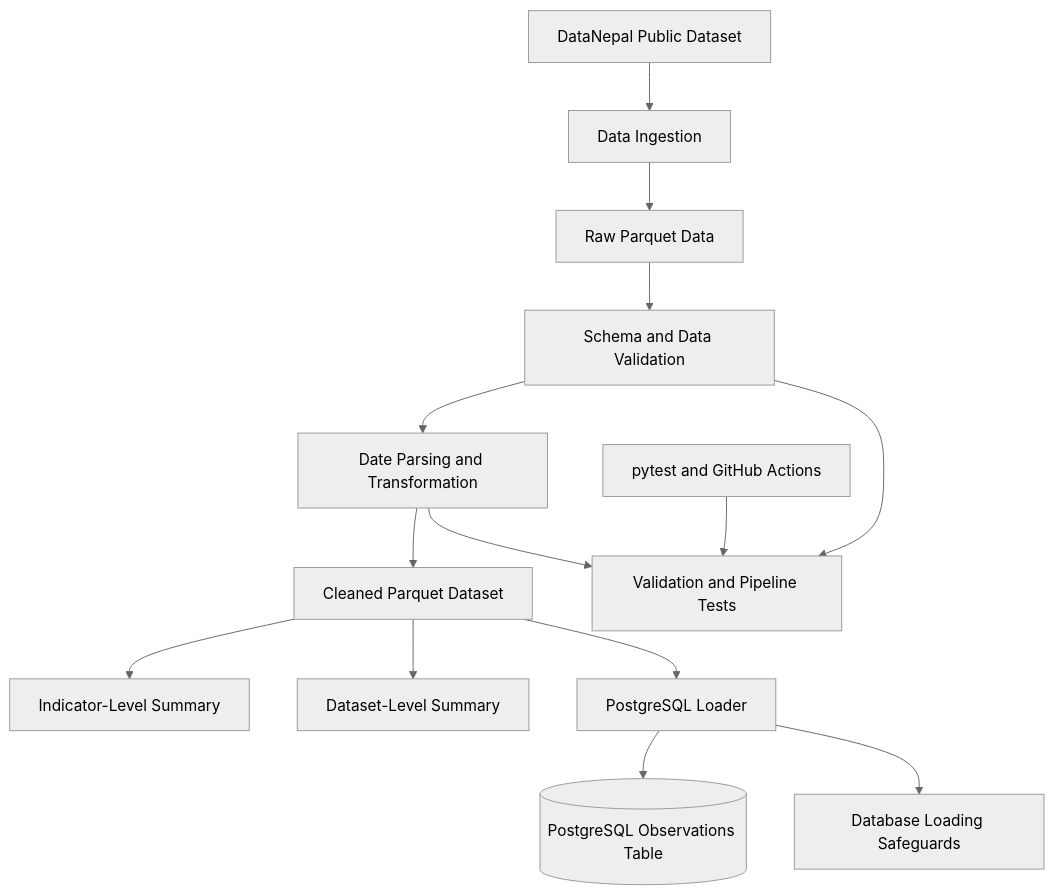
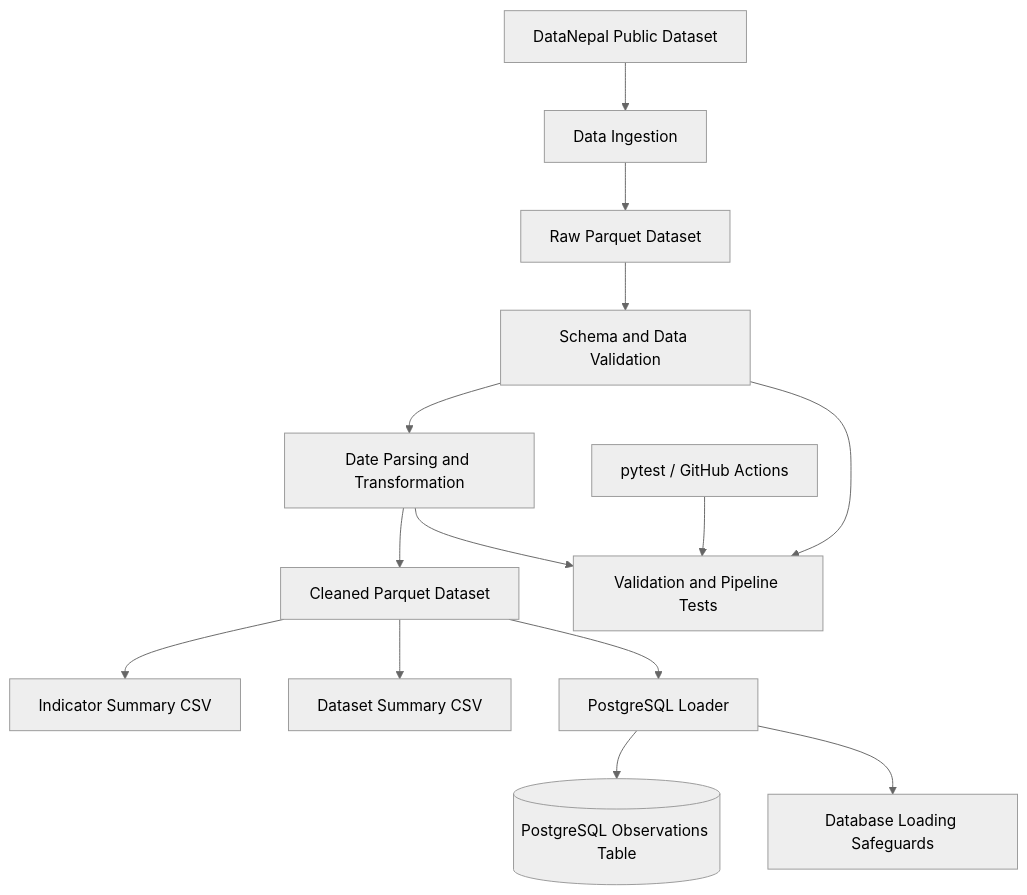
The diagram in README.md (manish11111111/nepal-data-pipeline), drawn with Mermaid (neutral theme) before and after one commit. The commit also changed other lines of this file, not shown here.

````diff
--- a/README.md
+++ b/README.md
@@ -54,16 +73,16 @@
 ```mermaid
 flowchart TD
     A["DataNepal Public Dataset"] --> B["Data Ingestion"]
-    B --> C["Raw Parquet Data"]
+    B --> C["Raw Parquet Dataset"]
     C --> D["Schema and Data Validation"]
     D --> E["Date Parsing and Transformation"]
     E --> F["Cleaned Parquet Dataset"]
-    F --> G["Indicator-Level Summary"]
-    F --> H["Dataset-Level Summary"]
+    F --> G["Indicator Summary CSV"]
+    F --> H["Dataset Summary CSV"]
     F --> I["PostgreSQL Loader"]
     I --> J[("PostgreSQL Observations Table")]
     D --> K["Validation and Pipeline Tests"]
     E --> K
     I --> L["Database Loading Safeguards"]
-    M["pytest and GitHub Actions"] --> K
+    M["pytest / GitHub Actions"] --> K
 ```
````
